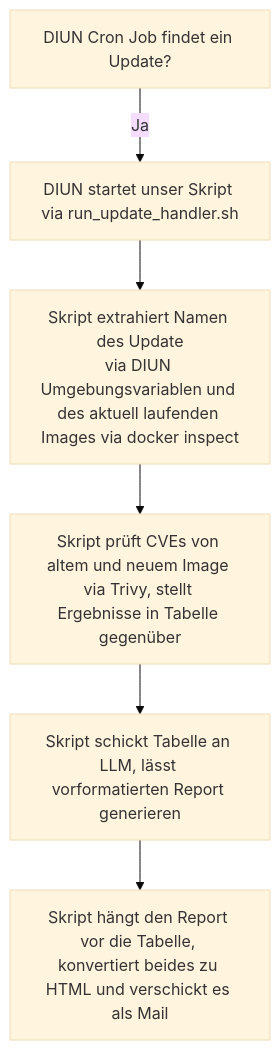
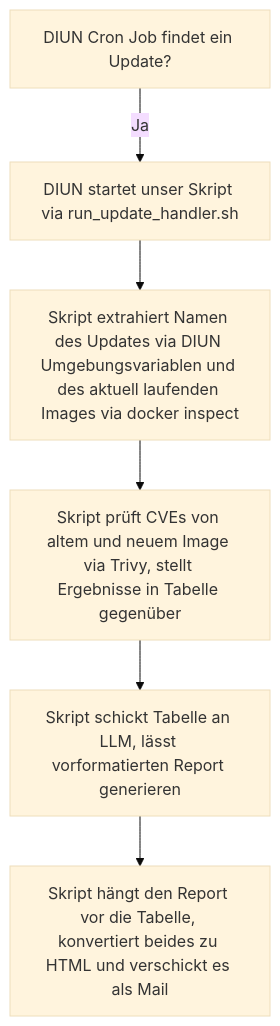
The diagram in README.md (Convl/docker-updatemonitor), drawn with Mermaid (base theme) before and after one commit.

Commit message:
add flowchart to readme

````diff
--- a/README.md
+++ b/README.md
@@ -10,8 +10,8 @@
 ```mermaid
 flowchart TD
     A[DIUN Cron Job findet ein Update?] -->|Ja| B[DIUN startet unser Skript via run_update_handler.sh]
-    B --> C[Skript extrahiert Namen des Update<br/>via DIUN Umgebungsvariablen und des aktuell laufenden Images via docker inspect]
+    B --> C[Skript extrahiert Namen des Updates via DIUN Umgebungsvariablen und des aktuell laufenden Images via docker inspect]
     C --> D[Skript prüft CVEs von altem und neuem Image via Trivy, stellt Ergebnisse in Tabelle gegenüber]
     D --> E[Skript schickt Tabelle an LLM, lässt vorformatierten Report generieren]
     E --> F[Skript hängt den Report vor die Tabelle, konvertiert beides zu HTML und verschickt es als Mail]
 ```
````
